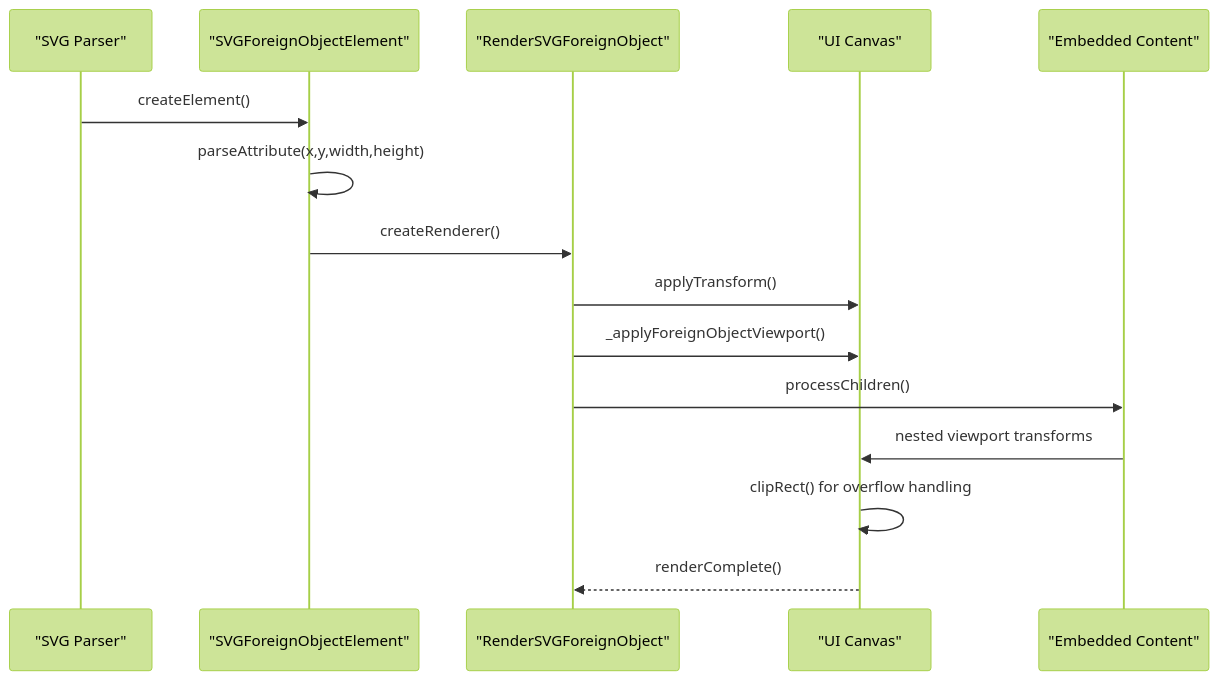
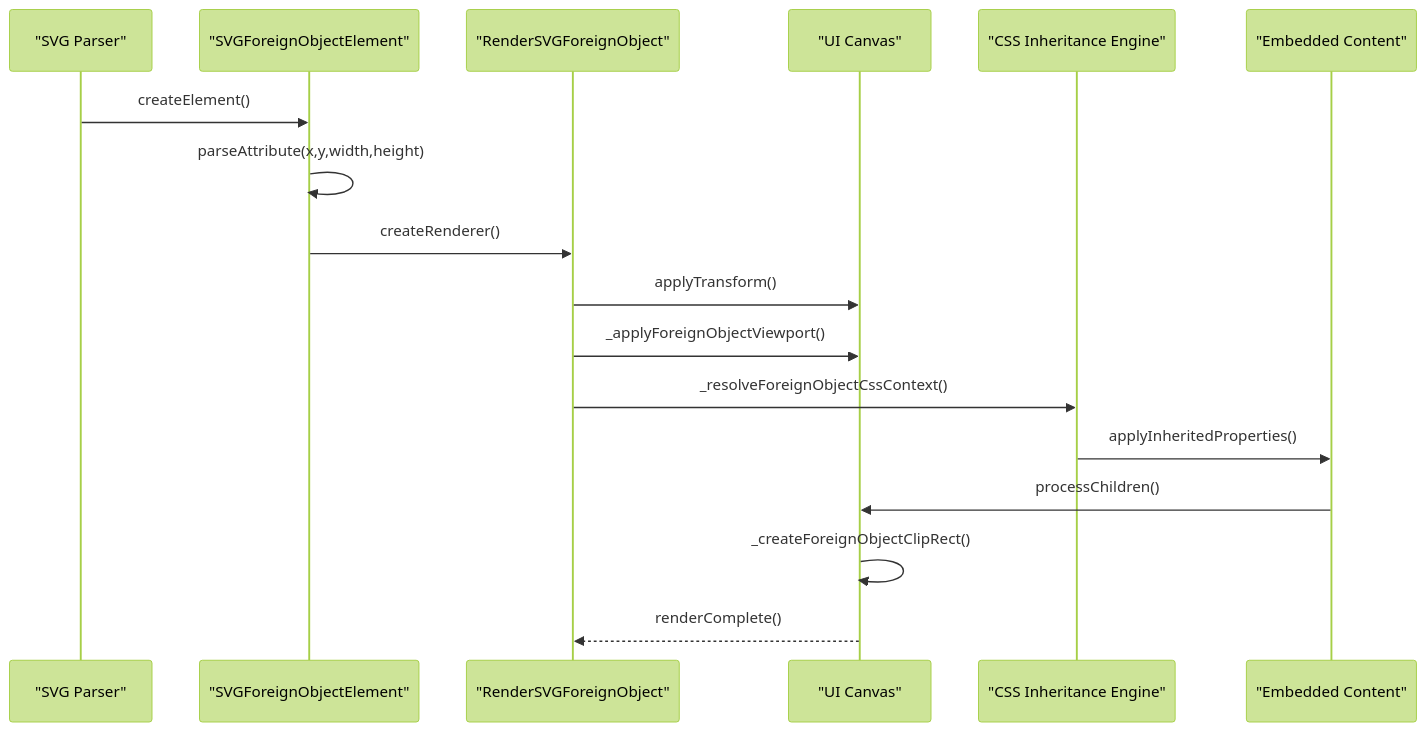
One commit to denisnadey/flutter_full_svg_support changed the third of 5 diagrams in .qoder/repowiki/en/content/Advanced Features/ForeignObject Semantics.md. Above: the diagram before and after it, drawn with Mermaid (forest theme). The commit also changed other lines of this file and 35 other files, not shown here.

````diff
--- a/.qoder/repowiki/en/content/Advanced Features/ForeignObject Semantics.md
+++ b/.qoder/repowiki/en/content/Advanced Features/ForeignObject Semantics.md
@@ -138,17 +166,19 @@
 ```mermaid
 sequenceDiagram
 participant Parser as "SVG Parser"
 participant FO as "SVGForeignObjectElement"
 participant Renderer as "RenderSVGForeignObject"
 participant Canvas as "UI Canvas"
+participant CSS as "CSS Inheritance Engine"
 participant Content as "Embedded Content"
 Parser->>FO : createElement()
 FO->>FO : parseAttribute(x,y,width,height)
 FO->>Renderer : createRenderer()
 Renderer->>Canvas : applyTransform()
 Renderer->>Canvas : _applyForeignObjectViewport()
-Renderer->>Content : processChildren()
-Content->>Canvas : nested viewport transforms
-Canvas->>Canvas : clipRect() for overflow handling
+Renderer->>CSS : _resolveForeignObjectCssContext()
+CSS->>Content : applyInheritedProperties()
+Content->>Canvas : processChildren()
+Canvas->>Canvas : _createForeignObjectClipRect()
 Canvas-->>Renderer : renderComplete()
 ```
````
